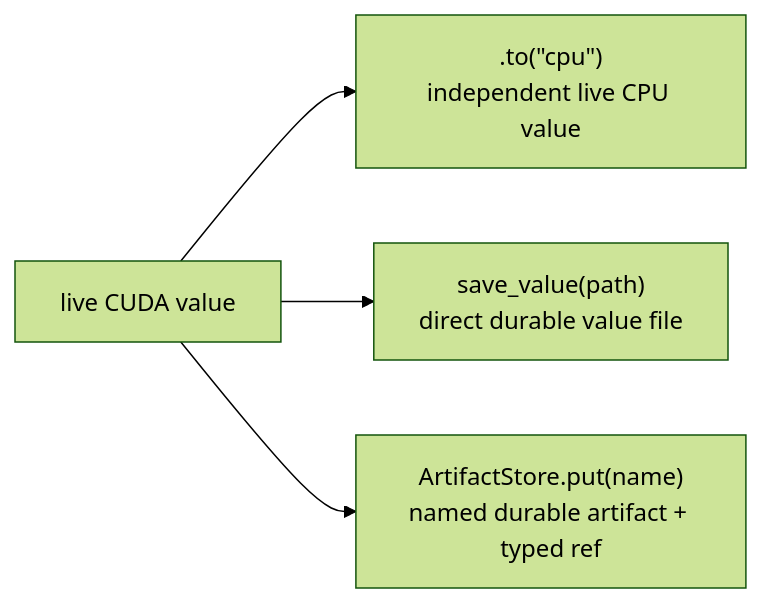
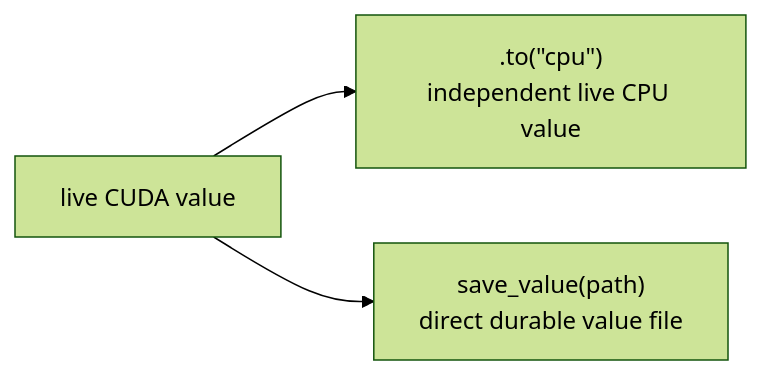
The diagram in docs/tutorial/value-memory-and-persistence.md (visualDust/fhelium), drawn with Mermaid (forest theme) before and after one commit. The commit also changed other lines of this file and 426 other files, not shown here.

````diff
--- a/docs/tutorial/value-memory-and-persistence.md
+++ b/docs/tutorial/value-memory-and-persistence.md
@@ -291,6 +87,5 @@
 ```mermaid
 flowchart LR
     live["live CUDA value"] --> cpu[".to(&quot;cpu&quot;)<br/>independent live CPU value"]
     live --> file["save_value(path)<br/>direct durable value file"]
-    live --> artifact["ArtifactStore.put(name)<br/>named durable artifact + typed ref"]
 ```
````
